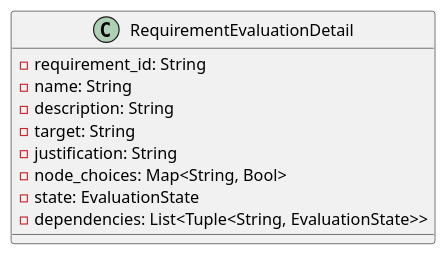
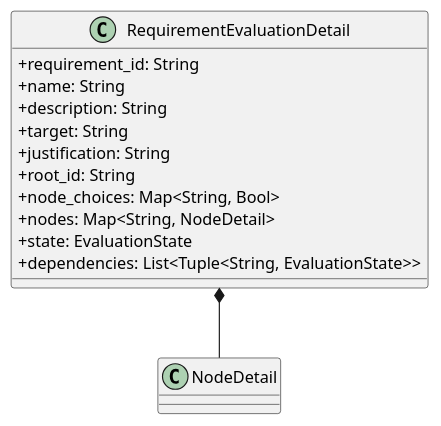
Before and after one commit to GroupRubberDuck/Documentazione: the diagram in src/PB/DocumentazioneEsterna/Specifica_Tecnica/content/05-diagrammi-classi/uml/puml/Backend/Domain/RequirementEvaluationDetail.puml, drawn with PlantUML. The commit also changed 162 other files, not shown here.

```diff
--- a/src/PB/DocumentazioneEsterna/Specifica_Tecnica/content/05-diagrammi-classi/uml/puml/Backend/Domain/RequirementEvaluationDetail.puml
+++ b/src/PB/DocumentazioneEsterna/Specifica_Tecnica/content/05-diagrammi-classi/uml/puml/Backend/Domain/RequirementEvaluationDetail.puml
@@ -1,14 +1,19 @@
 @startuml RequirementEvaluationDetail
+skinparam ClassAttributeIconSize 0
 
 class RequirementEvaluationDetail {
-    - requirement_id: String
-    - name: String
-    - description: String
-    - target: String
-    - justification: String
-    - node_choices: Map<String, Bool>
-    - state: EvaluationState
-    - dependencies: List<Tuple<String, EvaluationState>>
+    + requirement_id: String
+    + name: String
+    + description: String
+    + target: String
+    + justification: String
+    + root_id: String
+    + node_choices: Map<String, Bool>
+    + nodes: Map<String, NodeDetail>
+    + state: EvaluationState
+    + dependencies: List<Tuple<String, EvaluationState>>
 }
 
+RequirementEvaluationDetail *-- NodeDetail
+
 @enduml
```
